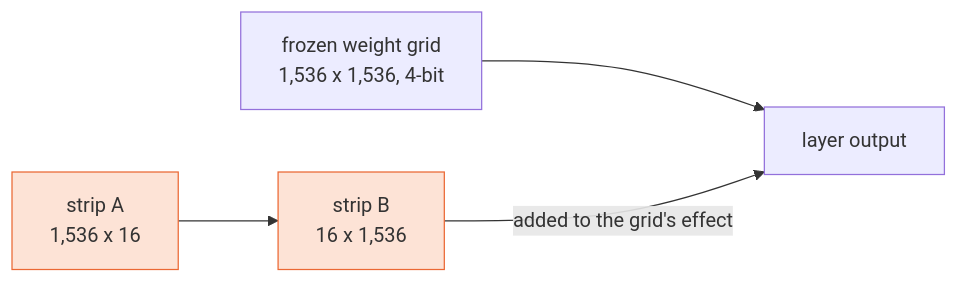
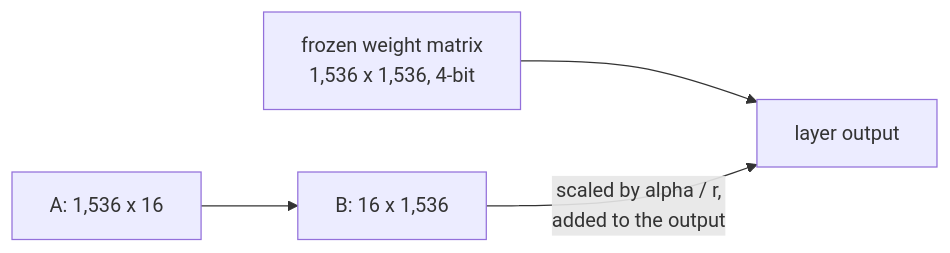
One commit to J-Jurza/lora-eval-lab changed the third of 4 diagrams in WALKTHROUGH.md. Above: the diagram before and after it, drawn with Mermaid. The commit also changed other lines of this file and 1 other file, not shown here.

````diff
--- a/WALKTHROUGH.md
+++ b/WALKTHROUGH.md
@@ -235,8 +170,6 @@
 ```mermaid
 flowchart LR
-    W["frozen weight grid<br/>1,536 x 1,536, 4-bit"] --> O["layer output"]
-    A["strip A<br/>1,536 x 16"] --> B["strip B<br/>16 x 1,536"]
-    B -->|"added to the grid's effect"| O
-    style A fill:#fde3d6,stroke:#eb6834
-    style B fill:#fde3d6,stroke:#eb6834
+    W["frozen weight matrix<br/>1,536 x 1,536, 4-bit"] --> O["layer output"]
+    A["A: 1,536 x 16"] --> B["B: 16 x 1,536"]
+    B -->|"scaled by alpha / r,<br/>added to the output"| O
 ```
````
